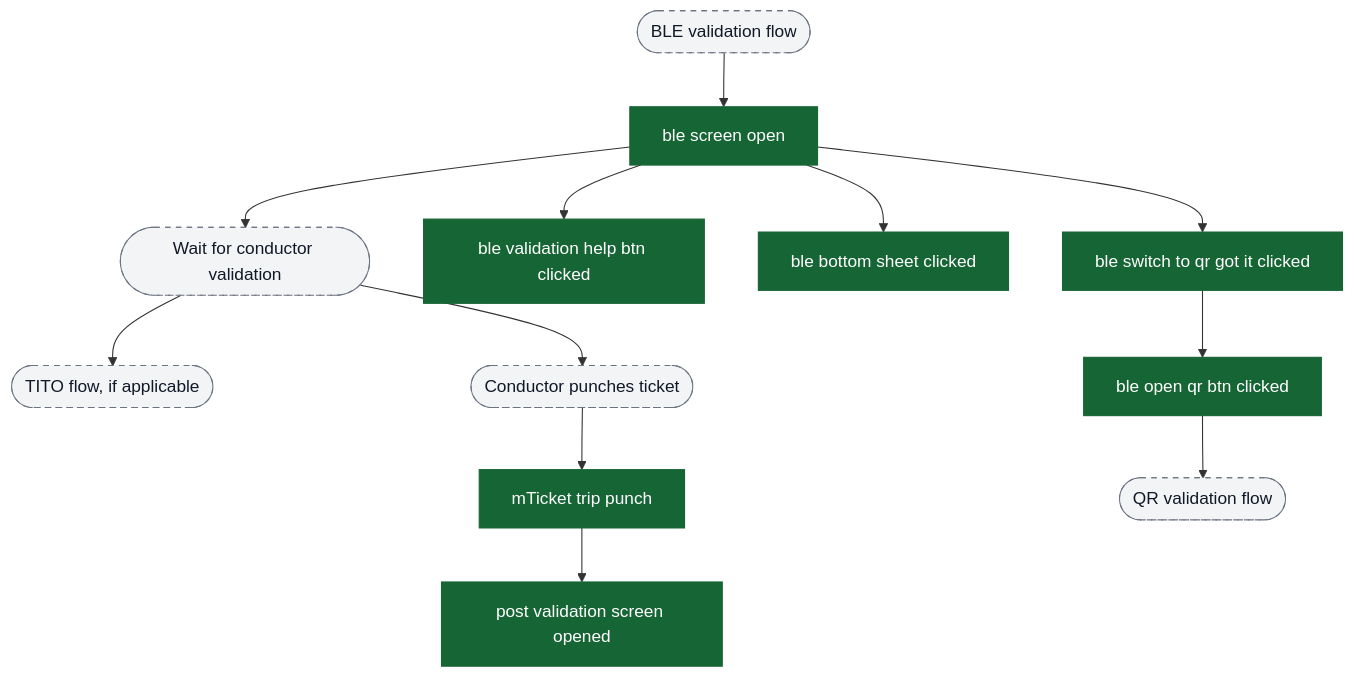
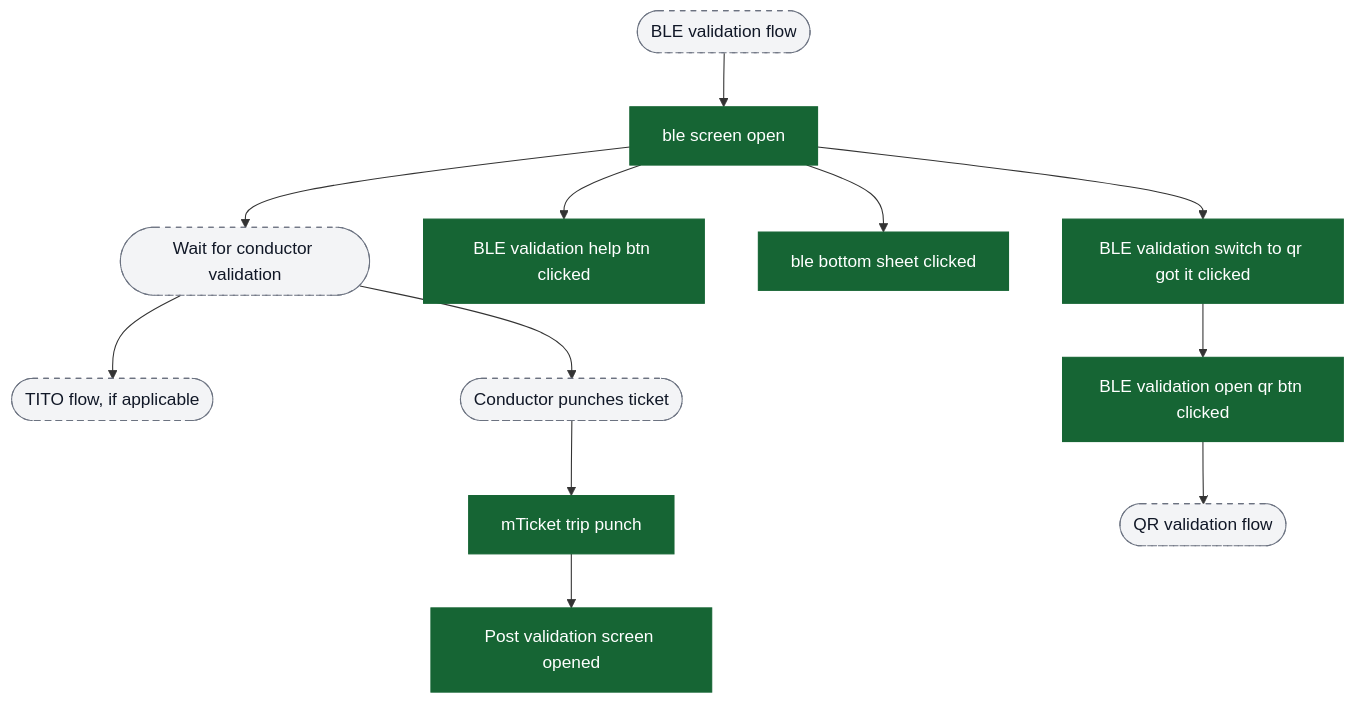
Before and after one commit to ratulsarna/chalo-app-dashboard: the ninth of 16 diagrams in content/analytics/mticket/flow-diagrams.md, drawn with Mermaid. The commit also changed other lines of this file and 2 other files, not shown here.

Commit message:
fix(analytics): update lastAudited dates and standardize event names in mTicket flow

````diff
--- a/content/analytics/mticket/flow-diagrams.md
+++ b/content/analytics/mticket/flow-diagrams.md
@@ -225,24 +225,24 @@
 ```mermaid
 flowchart TD
   ui_bleFlow([BLE validation flow]) --> ev_bleScreenOpen["ble screen open"]
   ev_bleScreenOpen --> ui_waitValidation([Wait for conductor validation])
 
   ui_waitValidation --> ui_titoFlow([TITO flow, if applicable])
   ui_waitValidation --> ui_conductorPunch([Conductor punches ticket])
 
-  ev_bleScreenOpen --> ev_bleHelp["ble validation help btn clicked"]
+  ev_bleScreenOpen --> ev_bleHelp["BLE validation help btn clicked"]
   ev_bleScreenOpen --> ev_bleBottomSheet["ble bottom sheet clicked"]
-  ev_bleScreenOpen --> ev_bleSwitchToQr["ble switch to qr got it clicked"]
-  ev_bleSwitchToQr --> ev_bleOpenQr["ble open qr btn clicked"]
+  ev_bleScreenOpen --> ev_bleSwitchToQr["BLE validation switch to qr got it clicked"]
+  ev_bleSwitchToQr --> ev_bleOpenQr["BLE validation open qr btn clicked"]
   ev_bleOpenQr --> ui_qrFlow([QR validation flow])
 
   ui_conductorPunch --> ev_tripPunch["mTicket trip punch"]
-  ev_tripPunch --> ev_postValidationOpen["post validation screen opened"]
+  ev_tripPunch --> ev_postValidationOpen["Post validation screen opened"]
 
   classDef event fill:#166534,stroke:#166534,color:#ffffff;
   classDef ui fill:#f3f4f6,stroke:#6b7280,stroke-dasharray: 5 5,color:#111827;
   classDef external fill:#ffffff,stroke:#6b7280,stroke-dasharray: 3 3,color:#111827;
 
   class ev_bleScreenOpen,ev_bleHelp,ev_bleBottomSheet,ev_bleSwitchToQr,ev_bleOpenQr,ev_tripPunch,ev_postValidationOpen event;
   class ui_bleFlow,ui_waitValidation,ui_titoFlow,ui_conductorPunch,ui_qrFlow ui;
 ```
````
